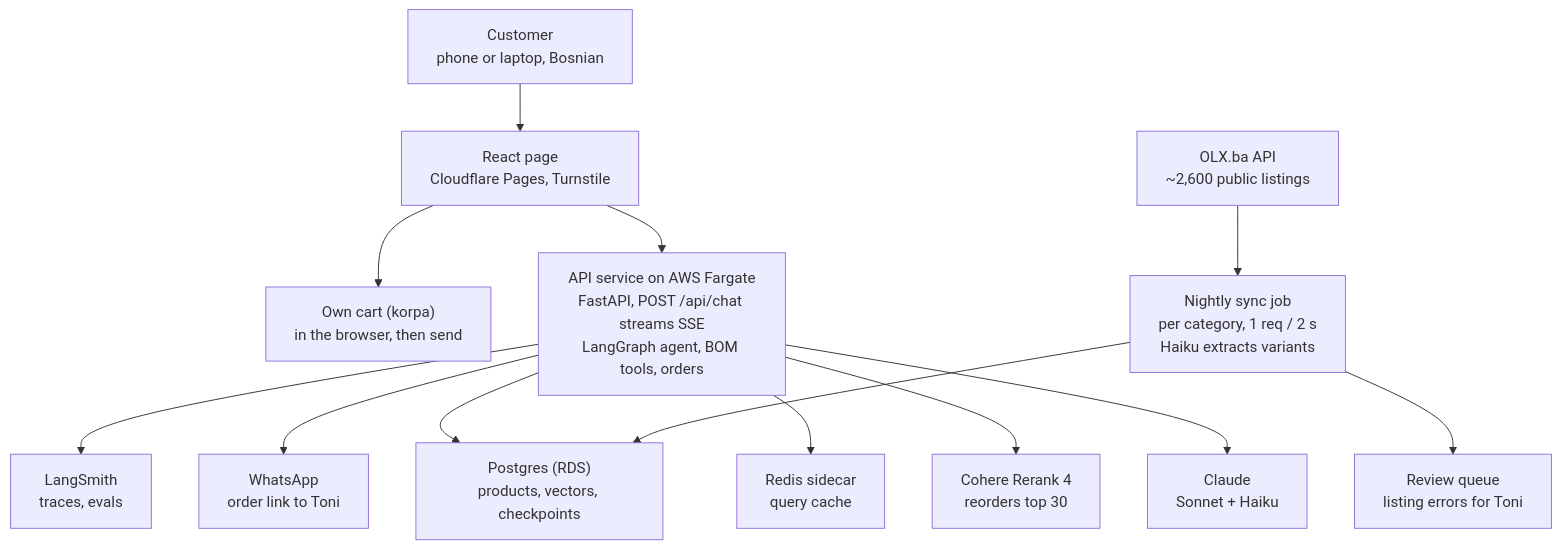
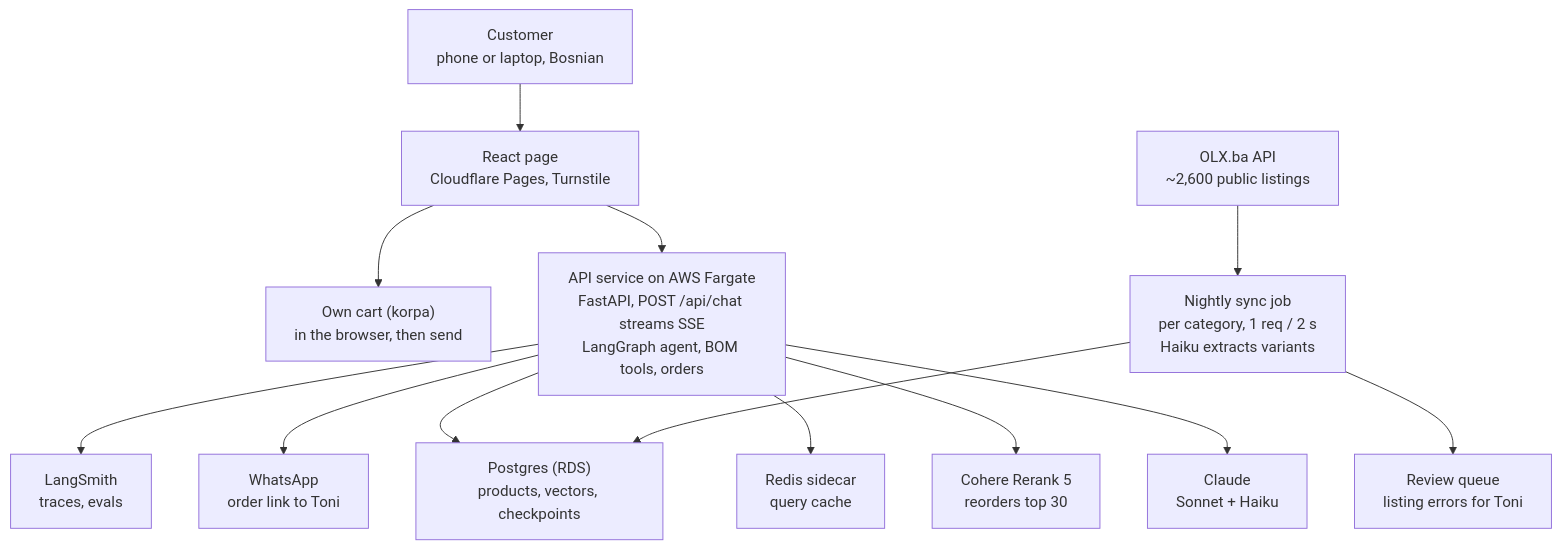
Before and after one commit to tstampfel/martom-ai: the first of 2 diagrams in docs/PLAN.md, drawn with Mermaid. The commit also changed other lines of this file and 10 other files, not shown here.

````diff
--- a/docs/PLAN.md
+++ b/docs/PLAN.md
@@ -60,15 +60,15 @@
 ```mermaid
 flowchart TB
     customer["Customer<br/>phone or laptop, Bosnian"] --> page["React page<br/>Cloudflare Pages, Turnstile"]
     page --> cart["Own cart (korpa)<br/>in the browser, then send"]
     page --> api["API service on AWS Fargate<br/>FastAPI, POST /api/chat streams SSE<br/>LangGraph agent, BOM tools, orders"]
     api --> langsmith["LangSmith<br/>traces, evals"]
     api --> wa["WhatsApp<br/>order link to Toni"]
     api --> pg["Postgres (RDS)<br/>products, vectors, checkpoints"]
     api --> redis["Redis sidecar<br/>query cache"]
-    api --> cohere["Cohere Rerank 4<br/>reorders top 30"]
+    api --> cohere["Cohere Rerank 5<br/>reorders top 30"]
     api --> claude["Claude<br/>Sonnet + Haiku"]
     olx["OLX.ba API<br/>~2,600 public listings"] --> sync["Nightly sync job<br/>per category, 1 req / 2 s<br/>Haiku extracts variants"]
     sync --> pg
     sync --> review["Review queue<br/>listing errors for Toni"]
 ```
````
